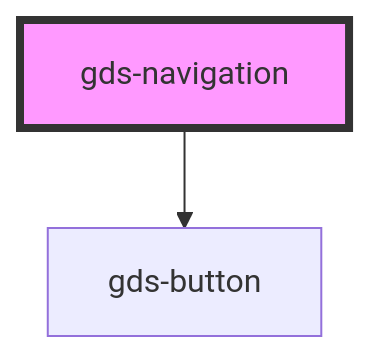
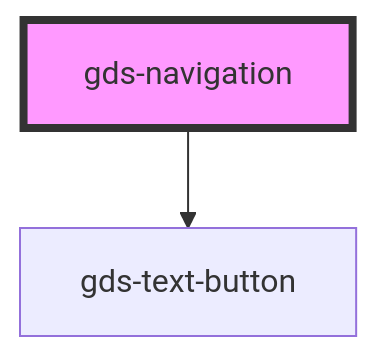
Before and after one commit to generoi/genero-design-system: the diagram in src/components/gds-navigation/readme.md, drawn with Mermaid. The commit also changed other lines of this file and 10 other files, not shown here.

Commit message:
feat(gds-text-button): split button text variation to own component

````diff
--- a/src/components/gds-navigation/readme.md
+++ b/src/components/gds-navigation/readme.md
@@ -20,5 +20,5 @@
 ```mermaid
 graph TD;
-  gds-navigation --> gds-button
+  gds-navigation --> gds-text-button
   style gds-navigation fill:#f9f,stroke:#333,stroke-width:4px
 ```
````
